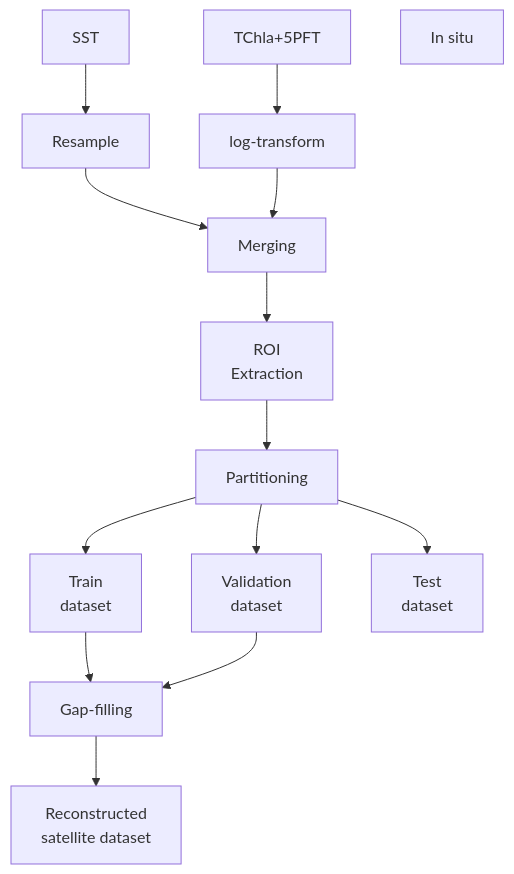
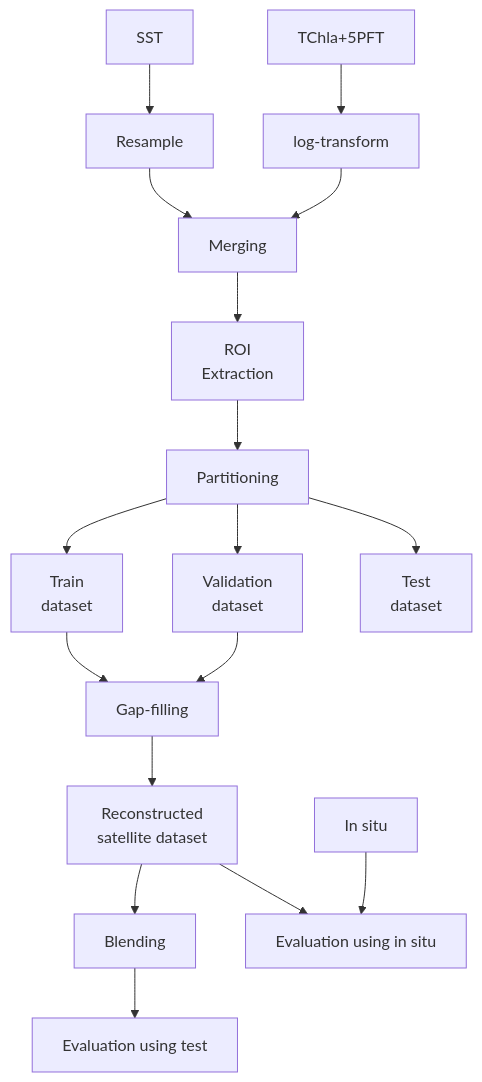
The diagram in README.md (EhsanMehdipour/PFT_gapfilling), drawn with Mermaid before and after one commit.

Commit message:
adding mermaid

````diff
--- a/README.md
+++ b/README.md
@@ -65,28 +65,31 @@
 ```mermaid
 flowchart TD
     A1[SST]
     A2[TChla+5PFT]
     A3[In situ]
 
     A1-->D[Resample]
     A2-->E[log-transform]
     D-->F[Merging]
     E-->F
     F-->G[ROI 
     Extraction]
     G-->H[Partitioning]
 
     H-->I1[Train 
     dataset]
     H-->I2[Validation 
     dataset]
     H-->I3[Test 
     dataset]
 
     I1-->J[Gap-filling]
     I2-->J
 
     J-->K[Reconstructed 
     satellite dataset]
-
+    K-->L[Blending]
+    L-->N[Evaluation using test]
+    K-->M
+    A3-->M[Evaluation using in situ]
 ```
````
